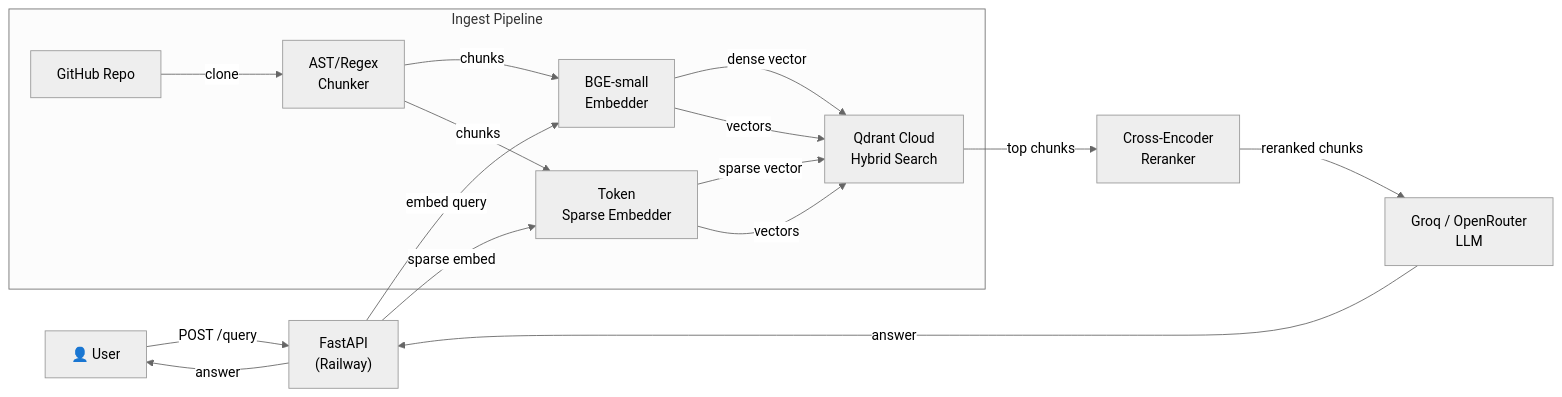
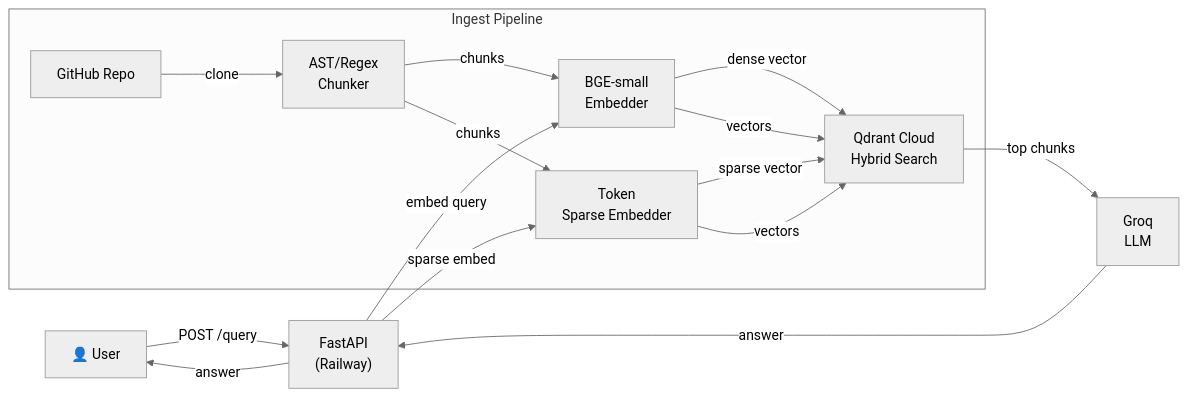
The diagram in README.md (taheroo/code-explainer), drawn with Mermaid (neutral theme) before and after one commit. The commit also changed other lines of this file, not shown here.

Commit message:
Update README: Render instead of Railway, remove cross-encoder from docs

````diff
--- a/README.md
+++ b/README.md
@@ -141,20 +138,19 @@
 ```mermaid
 flowchart LR
     User["👤 User"] -->|"POST /query"| API["FastAPI<br/>(Railway)"]
     API -->|"embed query"| Embedder["BGE-small<br/>Embedder"]
     API -->|"sparse embed"| Sparse["Token<br/>Sparse Embedder"]
-    Embedder -->|"dense vector"| Qdrant["Qdrant Cloud<br/>Hybrid Search"]
-    Sparse -->|"sparse vector"| Qdrant
-    Qdrant -->|"top chunks"| Reranker["Cross-Encoder<br/>Reranker"]
-    Reranker -->|"reranked chunks"| LLM["Groq / OpenRouter<br/>LLM"]
+Embedder -->|"dense vector"| Qdrant["Qdrant Cloud<br/>Hybrid Search"]
+Sparse -->|"sparse vector"| Qdrant
+Qdrant -->|"top chunks"| LLM["Groq<br/>LLM"]
     LLM -->|"answer"| API
     API -->|"answer"| User
 
     subgraph Ingest["Ingest Pipeline"]
         Repo["GitHub Repo"] -->|"clone"| Chunker["AST/Regex<br/>Chunker"]
         Chunker -->|"chunks"| Embedder
         Chunker -->|"chunks"| Sparse
         Embedder -->|"vectors"| Qdrant
         Sparse -->|"vectors"| Qdrant
     end
 ```
````
